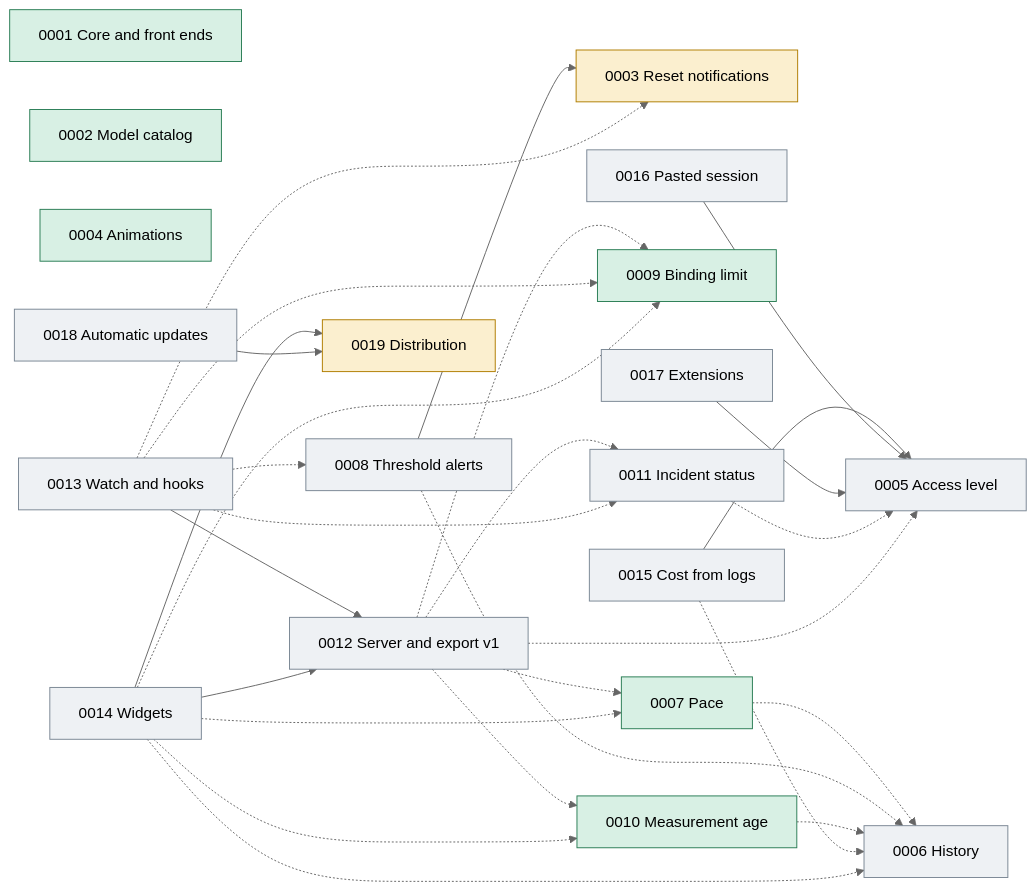
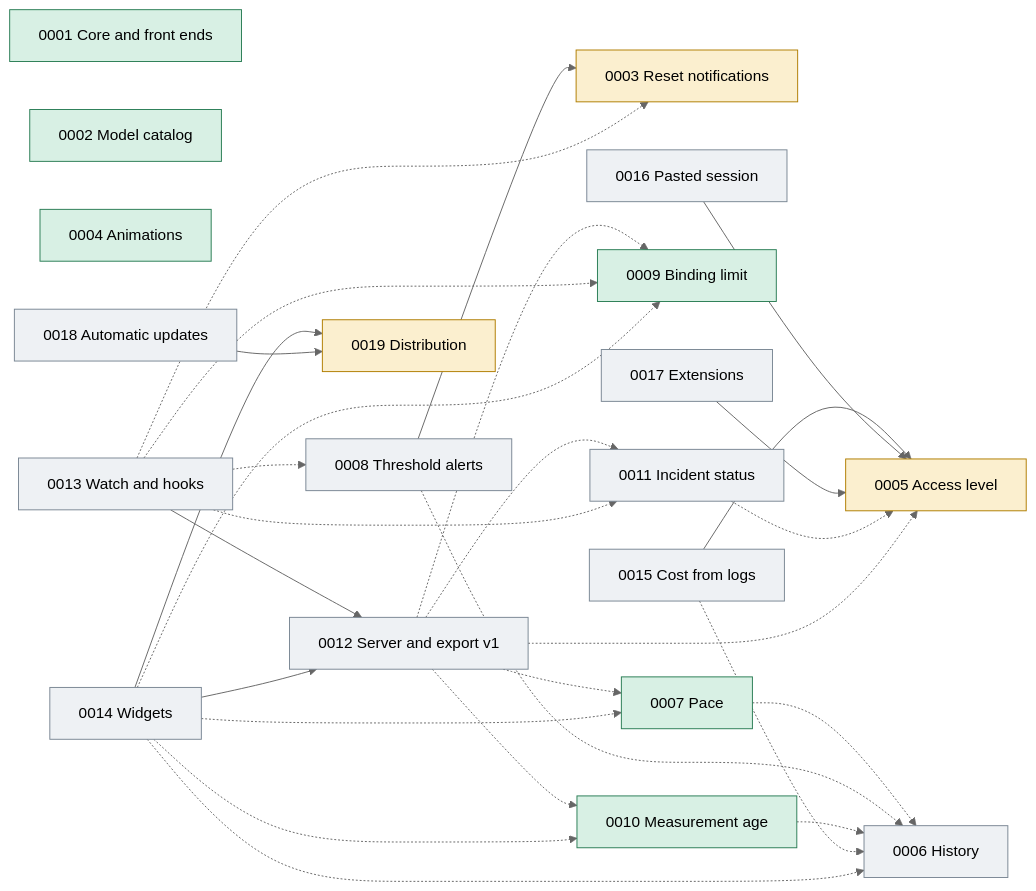
Before and after one commit to jmarcon/cuotai: the diagram in docs/plans/0000_control.md, drawn with Mermaid (neutral theme). The commit also changed other lines of this file and 12 other files, not shown here.

````diff
--- a/docs/plans/0000_control.md
+++ b/docs/plans/0000_control.md
@@ -84,54 +85,54 @@
 ```mermaid
 graph LR
   classDef done fill:#d8f0e4,stroke:#2a7d55
   classDef wip fill:#fbefcf,stroke:#b07d00
   classDef todo fill:#eef1f4,stroke:#7a8794
 
   P1["0001 Core and front ends"]:::done
   P2["0002 Model catalog"]:::done
   P3["0003 Reset notifications"]:::wip
   P4["0004 Animations"]:::done
-  P5["0005 Access level"]:::todo
+  P5["0005 Access level"]:::wip
   P6["0006 History"]:::todo
   P7["0007 Pace"]:::done
   P8["0008 Threshold alerts"]:::todo
   P9["0009 Binding limit"]:::done
   P10["0010 Measurement age"]:::done
   P11["0011 Incident status"]:::todo
   P12["0012 Server and export v1"]:::todo
   P13["0013 Watch and hooks"]:::todo
   P14["0014 Widgets"]:::todo
   P15["0015 Cost from logs"]:::todo
   P16["0016 Pasted session"]:::todo
   P17["0017 Extensions"]:::todo
   P18["0018 Automatic updates"]:::todo
   P19["0019 Distribution"]:::wip
 
   P8 --> P3
   P13 --> P12
   P14 --> P12
   P14 --> P19
   P15 --> P5
   P16 --> P5
   P17 --> P5
   P18 --> P19
 
   P7 -.-> P6
   P8 -.-> P6
   P10 -.-> P6
   P11 -.-> P5
   P15 -.-> P6
   P12 -.-> P5
   P12 -.-> P7
   P12 -.-> P9
   P12 -.-> P10
   P12 -.-> P11
   P13 -.-> P3
   P13 -.-> P8
   P13 -.-> P9
   P13 -.-> P11
   P14 -.-> P6
   P14 -.-> P7
   P14 -.-> P9
   P14 -.-> P10
 ```
````
